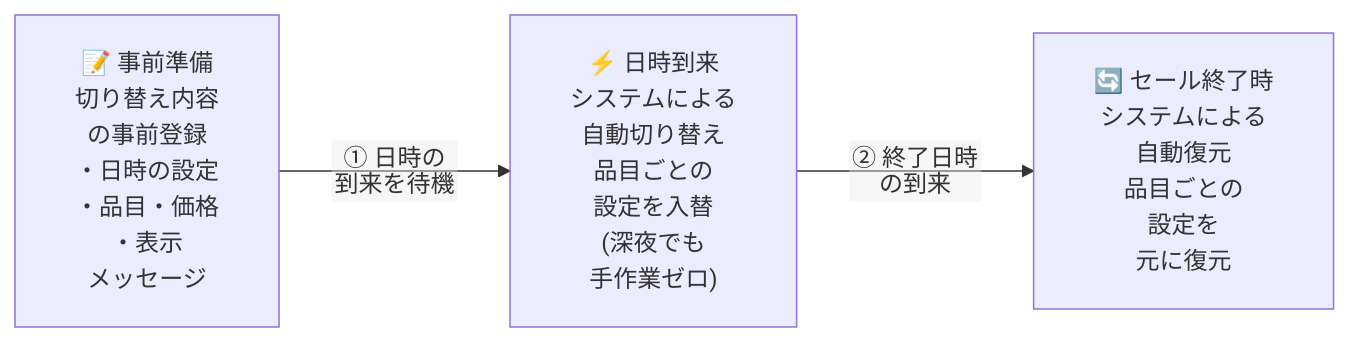
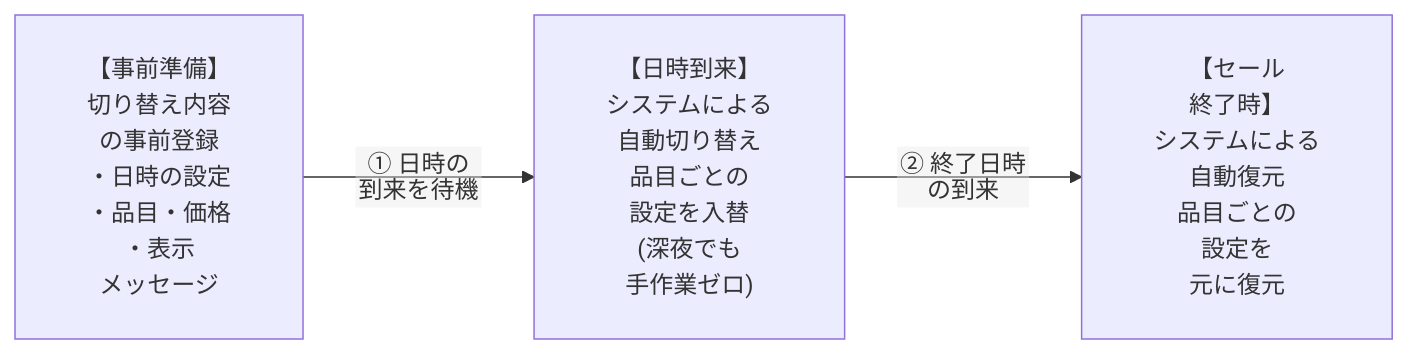
One commit to imo96/service-planning-architecture-portfolio changed the fourth of 4 diagrams in README.md. Above: the diagram before and after it, drawn with Mermaid. The commit also changed other lines of this file, not shown here.

First line of the commit message:
Mermaid図: 絵文字を外し1行をさらに短縮して見切れを解消

````diff
--- a/README.md
+++ b/README.md
@@ -176,10 +176,10 @@
 ```mermaid
-%%{init: {"flowchart": {"htmlLabels": false, "padding": 20, "nodeSpacing": 40, "rankSpacing": 70}}}%%
+%%{init: {"flowchart": {"htmlLabels": false, "padding": 24, "nodeSpacing": 40, "rankSpacing": 70}}}%%
 flowchart LR
-    A["📝 事前準備<br>切り替え内容<br>の事前登録<br>・日時の設定<br>・品目・価格<br>・表示<br>メッセージ"]
-    B["⚡ 日時到来<br>システムによる<br>自動切り替え<br>品目ごとの<br>設定を入替<br>(深夜でも<br>手作業ゼロ)"]
-    C["🔄 セール終了時<br>システムによる<br>自動復元<br>品目ごとの<br>設定を<br>元に復元"]
+    A["【事前準備】<br>切り替え内容<br>の事前登録<br>・日時の設定<br>・品目・価格<br>・表示<br>メッセージ"]
+    B["【日時到来】<br>システムによる<br>自動切り替え<br>品目ごとの<br>設定を入替<br>(深夜でも<br>手作業ゼロ)"]
+    C["【セール<br>終了時】<br>システムによる<br>自動復元<br>品目ごとの<br>設定を<br>元に復元"]
 
     A -->|"① 日時の<br>到来を待機"| B
     B -->|"② 終了日時<br>の到来"| C
 ```
````
